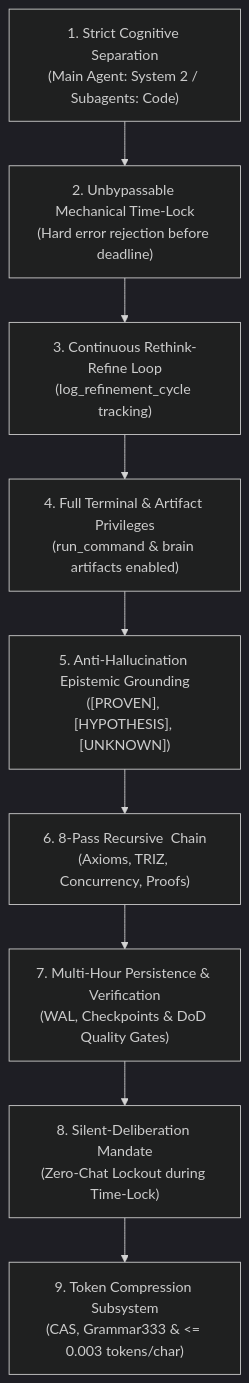
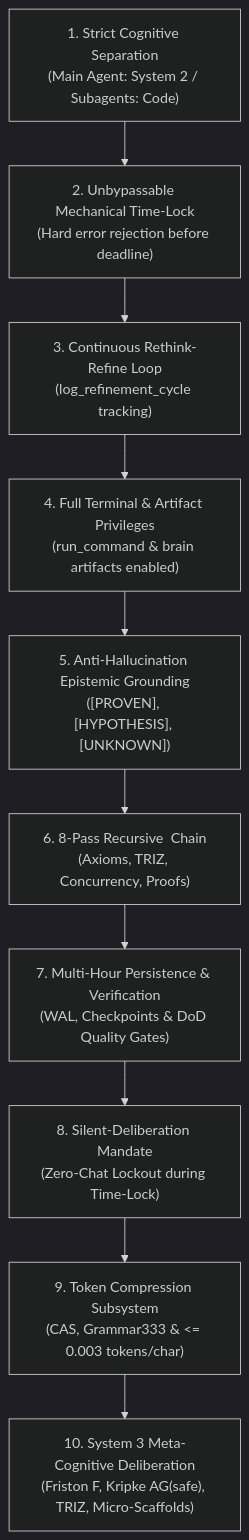
Before and after one commit to REX-codebase/fable-mode: the first of 2 diagrams in skills/fable-mode/SKILL.md, drawn with Mermaid (dark theme). The commit also changed other lines of this file and 7 other files, not shown here.

Commit message:
feat(system3): deep integration of meta-cognitive deliberation, runtime triz repair, and weak-model micro-scaffolds

````diff
--- a/skills/fable-mode/SKILL.md
+++ b/skills/fable-mode/SKILL.md
@@ -81,11 +81,12 @@
 ```mermaid
 graph TD
     P1["1. Strict Cognitive Separation<br/>(Main Agent: System 2 / Subagents: Code)"] --> P2["2. Unbypassable Mechanical Time-Lock<br/>(Hard error rejection before deadline)"]
     P2 --> P3["3. Continuous Rethink-Refine Loop<br/>(log_refinement_cycle tracking)"]
     P3 --> P4["4. Full Terminal & Artifact Privileges<br/>(run_command & brain artifacts enabled)"]
     P4 --> P5["5. Anti-Hallucination Epistemic Grounding<br/>([PROVEN], [HYPOTHESIS], [UNKNOWN])"]
     P5 --> P6["6. 8-Pass Recursive <thinking> Chain<br/>(Axioms, TRIZ, Concurrency, Proofs)"]
     P6 --> P7["7. Multi-Hour Persistence & Verification<br/>(WAL, Checkpoints & DoD Quality Gates)"]
     P7 --> P8["8. Silent-Deliberation Mandate<br/>(Zero-Chat Lockout during Time-Lock)"]
     P8 --> P9["9. Token Compression Subsystem<br/>(CAS, Grammar333 & <= 0.003 tokens/char)"]
+    P9 --> P10["10. System 3 Meta-Cognitive Deliberation<br/>(Friston F, Kripke AG(safe), TRIZ, Micro-Scaffolds)"]
 ```
````
